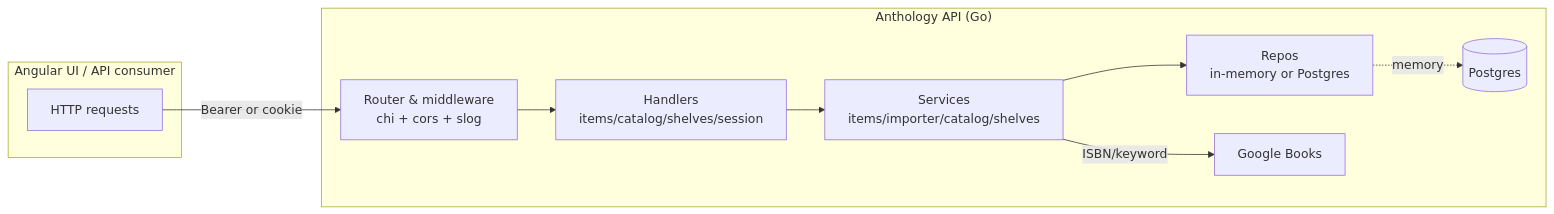
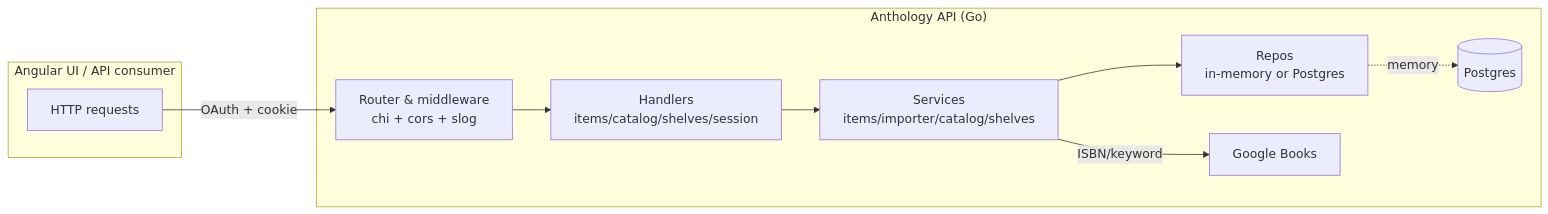
Before and after one commit to drywaters/anthology: the first of 5 diagrams in docs/architecture/api-deep-dive.md, drawn with Mermaid. The commit also changed other lines of this file and 42 other files, not shown here.

````diff
--- a/docs/architecture/api-deep-dive.md
+++ b/docs/architecture/api-deep-dive.md
@@ -15,17 +15,17 @@
 ```mermaid
 flowchart LR
     subgraph Client["Angular UI / API consumer"]
         A[HTTP requests]
     end
     subgraph API["Anthology API (Go)"]
         R[Router & middleware\nchi + cors + slog]
         H[Handlers\nitems/catalog/shelves/session]
         Svc[Services\nitems/importer/catalog/shelves]
         Repo[Repos\nin-memory or Postgres]
         GB[Google Books]
         DB[(Postgres)]
     end
-    A -->|Bearer or cookie| R --> H --> Svc --> Repo
+    A -->|OAuth + cookie| R --> H --> Svc --> Repo
     Svc -->|ISBN/keyword| GB
     Repo -.->|memory| DB
 ```
````
